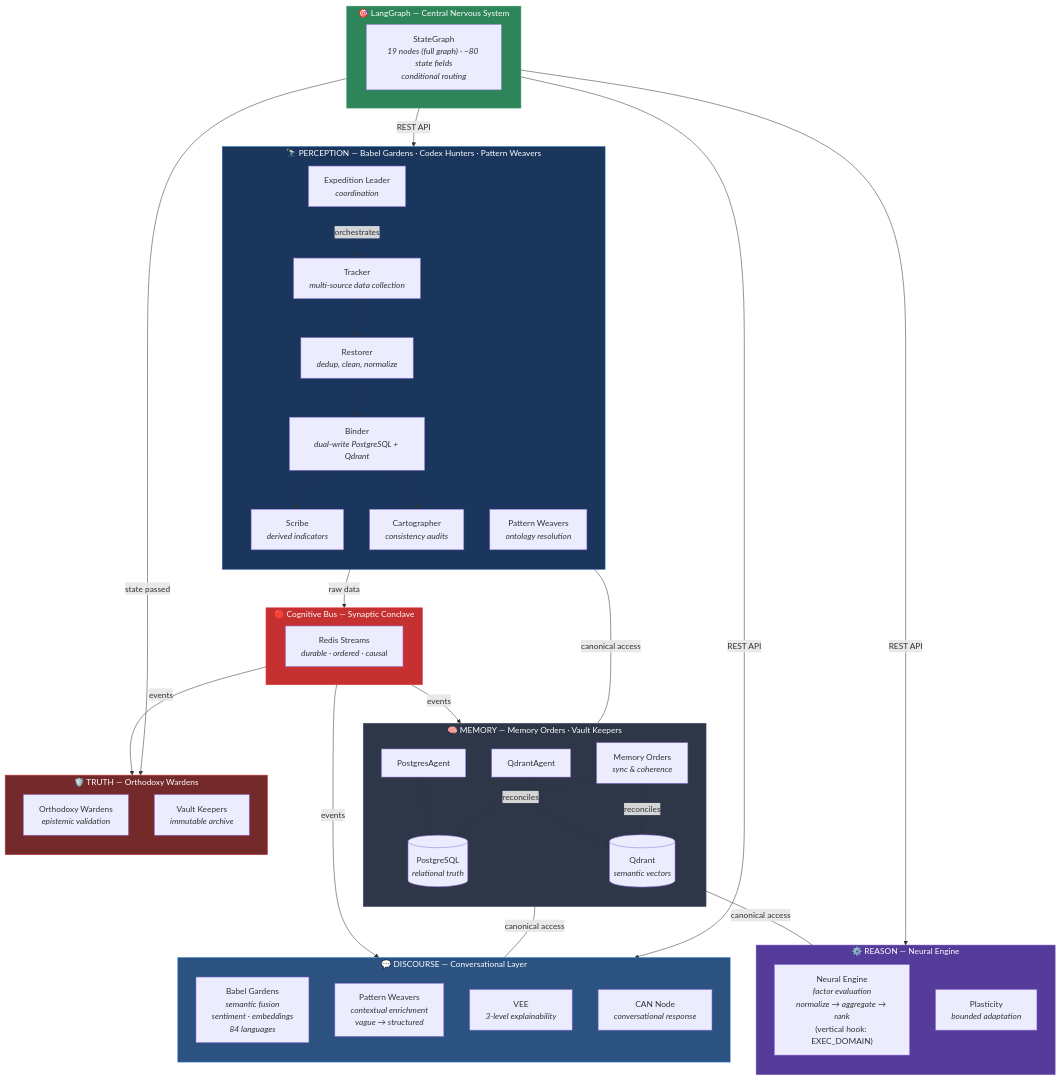
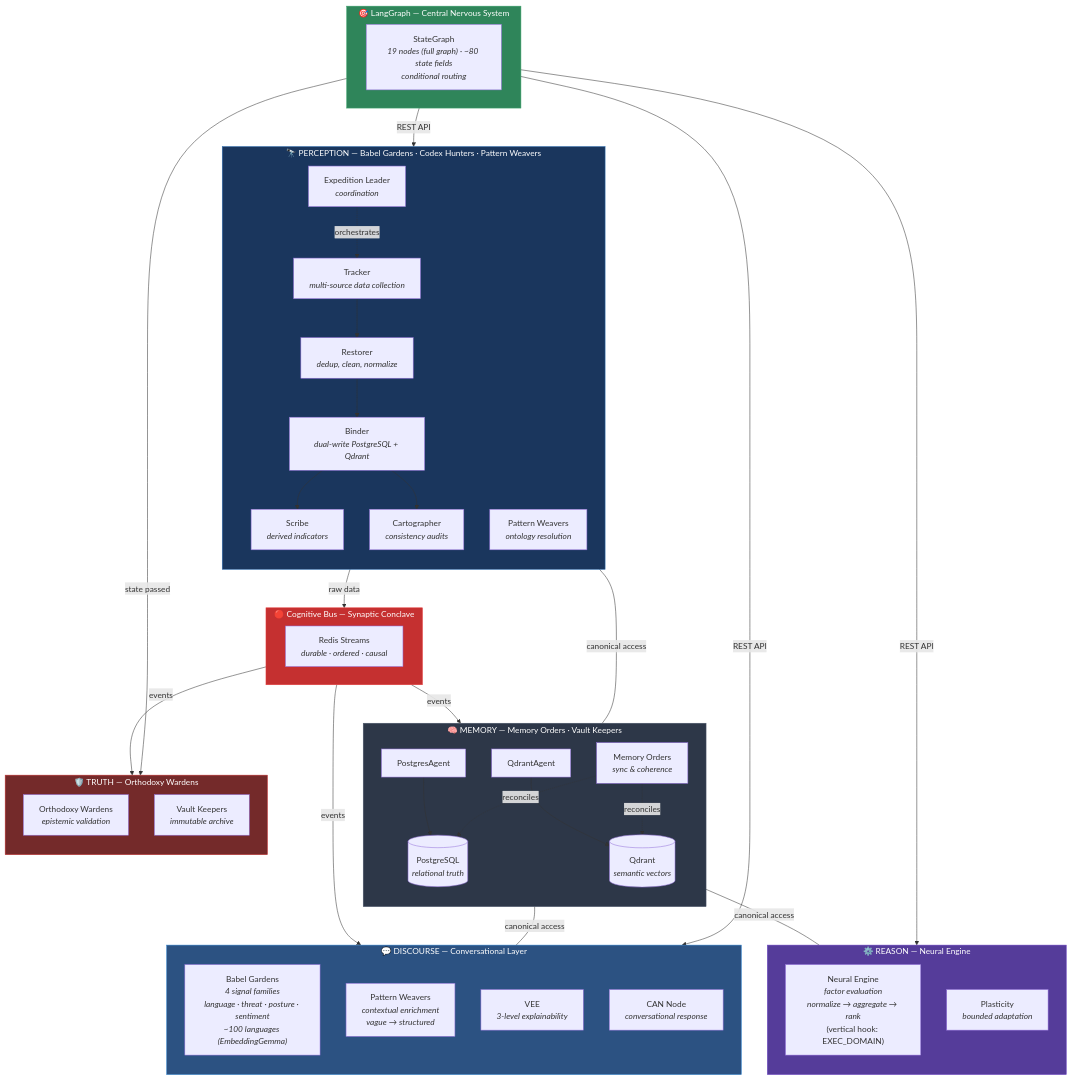
One commit to vitruvyan/vitruvyan-docs changed the first of 2 diagrams in pages/getting-started/overview.md. Above: the diagram before and after it, drawn with Mermaid. The commit also changed other lines of this file and 4 other files, not shown here.

```diff
--- a/pages/getting-started/overview.md
+++ b/pages/getting-started/overview.md
@@ -64,7 +64,7 @@
 
     subgraph DISCOURSE["💬 DISCOURSE — Conversational Layer"]
         direction TB
-        BABEL["Babel Gardens<br/><i>semantic fusion<br/>sentiment · embeddings<br/>84 languages</i>"]
+        BABEL["Babel Gardens<br/><i>4 signal families<br/>language · threat · posture · sentiment<br/>~100 languages (EmbeddingGemma)</i>"]
         WEAVERS["Pattern Weavers<br/><i>contextual enrichment<br/>vague → structured</i>"]
         VEE["VEE<br/><i>3-level explainability</i>"]
         CAN["CAN Node<br/><i>conversational response</i>"]
```
